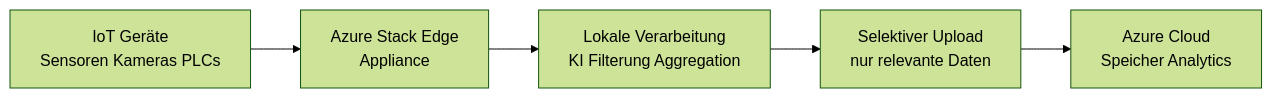
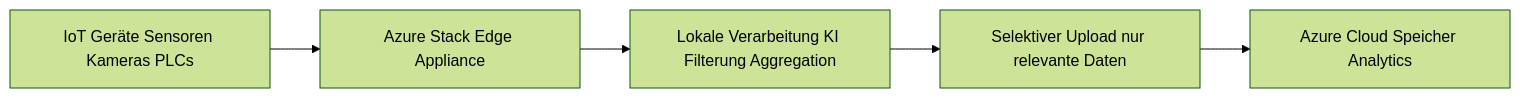
The first of 12 diagrams in Microsoft 365/Azure/Arc/Azure Stack Edge.md (SoniiiT/notes-n-docs), drawn with Mermaid (forest theme) before and after one commit. The commit also changed other lines of this file and 124 other files, not shown here.

First line of the commit message:
fix: Entferne \n aus allen Mermaid-Diagrammen (125 Dateien)

````diff
--- a/Microsoft 365/Azure/Arc/Azure Stack Edge.md
+++ b/Microsoft 365/Azure/Arc/Azure Stack Edge.md
@@ -27,13 +27,13 @@
 ```mermaid
 graph LR
-    IOT_DEVICES[IoT Geräte\nSensoren Kameras PLCs]
-    ASE[Azure Stack Edge\nAppliance]
-    PROCESS[Lokale Verarbeitung\nKI Filterung Aggregation]
-    UPLOAD[Selektiver Upload\nnur relevante Daten]
-    AZURE[Azure Cloud\nSpeicher Analytics]
+    IOT_DEVICES[IoT Geräte Sensoren Kameras PLCs]
+    ASE[Azure Stack Edge Appliance]
+    PROCESS[Lokale Verarbeitung KI Filterung Aggregation]
+    UPLOAD[Selektiver Upload nur relevante Daten]
+    AZURE[Azure Cloud Speicher Analytics]
 
     IOT_DEVICES --> ASE
     ASE --> PROCESS
     PROCESS --> UPLOAD
     UPLOAD --> AZURE
 ```
````
